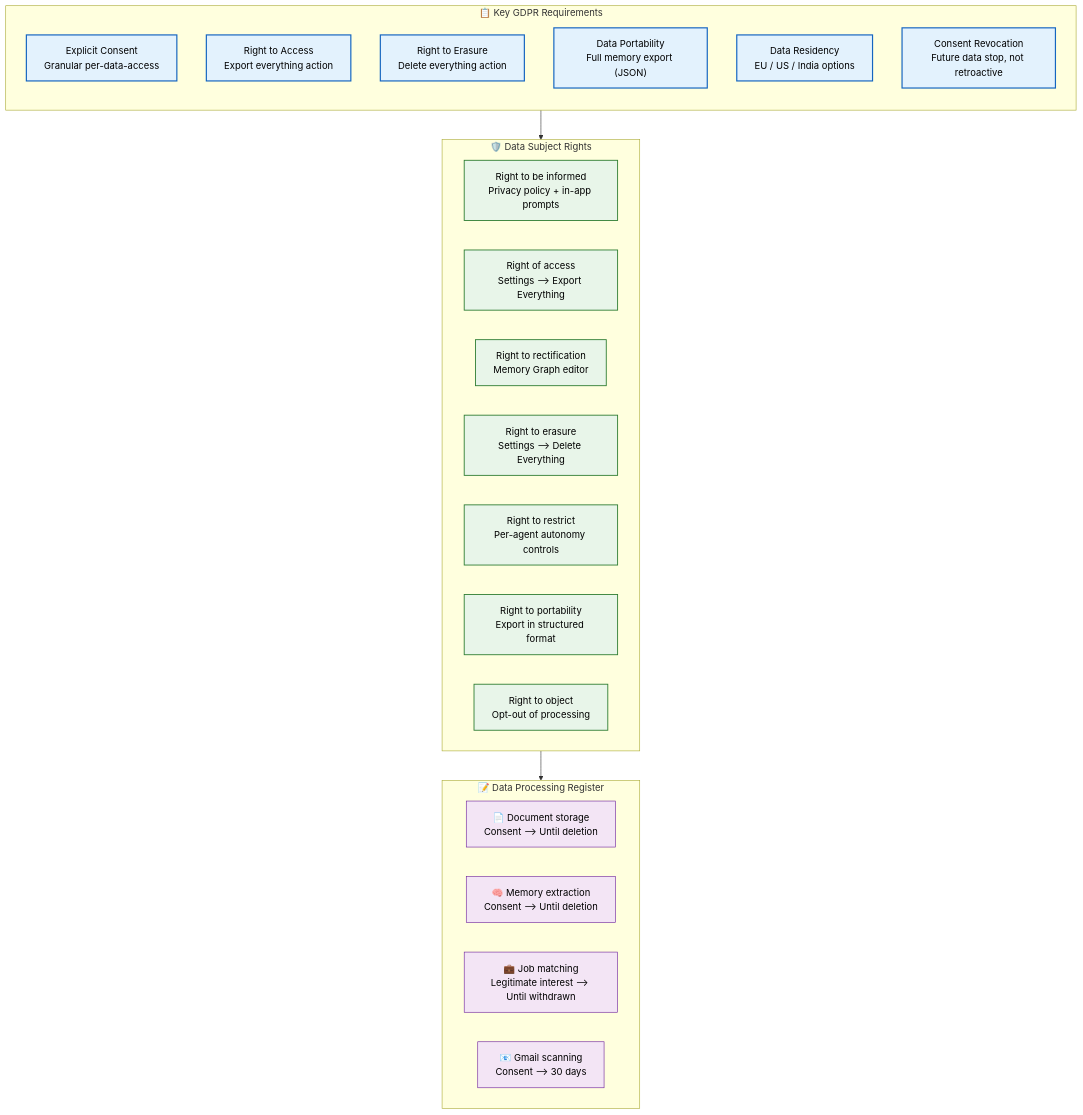
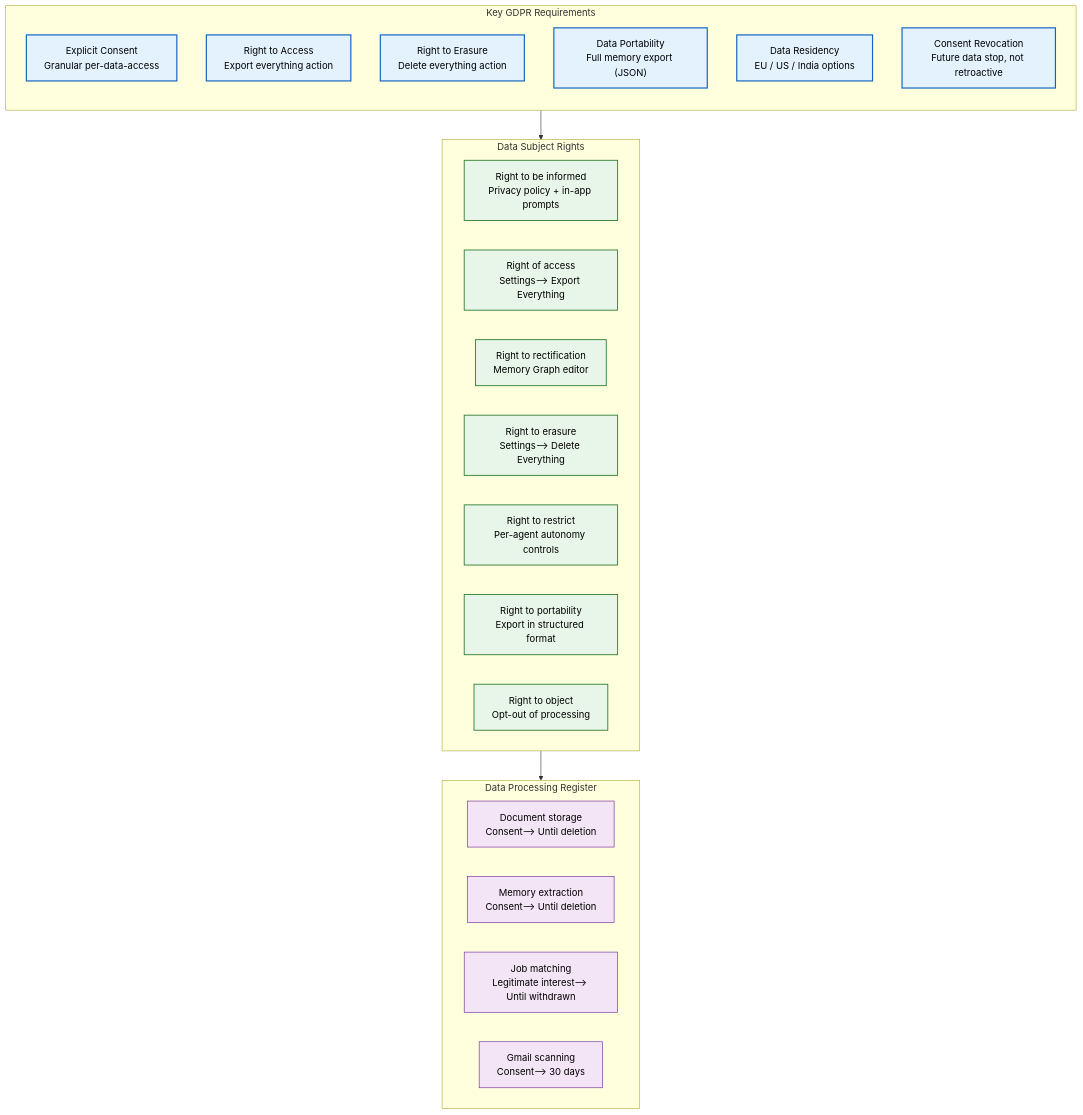
The first of 2 diagrams in docs/security/GDPR.md (Driftloom/Vaeloom), drawn with Mermaid before and after one commit. The commit also changed other lines of this file and 694 other files, not shown here.

First line of the commit message:
docs: mermaid standardization — encoding/mermaid/duplicate cleanup

````diff
--- a/docs/security/GDPR.md
+++ b/docs/security/GDPR.md
@@ -10,41 +10,41 @@
 ```mermaid
 graph TD
-    classDef req fill:#e3f2fd,stroke:#1565c0,color:#000,stroke-width:2px
-    classDef right fill:#e8f5e9,stroke:#2e7d32,color:#000,stroke-width:1.5px
-    classDef process fill:#fff3e0,stroke:#e65100,color:#000,stroke-width:1.5px
-    classDef register fill:#f3e5f5,stroke:#6a1b9a,color:#000,stroke-width:1px
+ classDef req fill:#e3f2fd,stroke:#1565c0,color:#000,stroke-width:2px
+ classDef right fill:#e8f5e9,stroke:#2e7d32,color:#000,stroke-width:1.5px
+ classDef process fill:#fff3e0,stroke:#e65100,color:#000,stroke-width:1.5px
+ classDef register fill:#f3e5f5,stroke:#6a1b9a,color:#000,stroke-width:1px
 
-    subgraph Requirements["📋 Key GDPR Requirements"]
-        direction TB
-        R1["Explicit Consent<br/>Granular per-data-access"]
-        R2["Right to Access<br/>Export everything action"]
-        R3["Right to Erasure<br/>Delete everything action"]
-        R4["Data Portability<br/>Full memory export (JSON)"]
-        R5["Data Residency<br/>EU / US / India options"]
-        R6["Consent Revocation<br/>Future data stop, not retroactive"]
-    end
+ subgraph Requirements["Key GDPR Requirements"]
+ direction TB
+ R1["Explicit Consent<br/>Granular per-data-access"]
+ R2["Right to Access<br/>Export everything action"]
+ R3["Right to Erasure<br/>Delete everything action"]
+ R4["Data Portability<br/>Full memory export (JSON)"]
+ R5["Data Residency<br/>EU / US / India options"]
+ R6["Consent Revocation<br/>Future data stop, not retroactive"]
+ end
 
-    subgraph Rights["🛡️ Data Subject Rights"]
-        S1["Right to be informed<br/>Privacy policy + in-app prompts"]
-        S2["Right of access<br/>Settings --> Export Everything"]
-        S3["Right to rectification<br/>Memory Graph editor"]
-        S4["Right to erasure<br/>Settings --> Delete Everything"]
-        S5["Right to restrict<br/>Per-agent autonomy controls"]
-        S6["Right to portability<br/>Export in structured format"]
-        S7["Right to object<br/>Opt-out of processing"]
-    end
+ subgraph Rights["Data Subject Rights"]
+ S1["Right to be informed<br/>Privacy policy + in-app prompts"]
+ S2["Right of access<br/>Settings--> Export Everything"]
+ S3["Right to rectification<br/>Memory Graph editor"]
+ S4["Right to erasure<br/>Settings--> Delete Everything"]
+ S5["Right to restrict<br/>Per-agent autonomy controls"]
+ S6["Right to portability<br/>Export in structured format"]
+ S7["Right to object<br/>Opt-out of processing"]
+ end
 
-    subgraph Register["📝 Data Processing Register"]
-        D1["📄 Document storage<br/>Consent --> Until deletion"]
-        D2["🧠 Memory extraction<br/>Consent --> Until deletion"]
-        D3["💼 Job matching<br/>Legitimate interest --> Until withdrawn"]
-        D4["📧 Gmail scanning<br/>Consent --> 30 days"]
-    end
+ subgraph Register["Data Processing Register"]
+ D1["Document storage<br/>Consent--> Until deletion"]
+ D2["Memory extraction<br/>Consent--> Until deletion"]
+ D3["Job matching<br/>Legitimate interest--> Until withdrawn"]
+ D4["Gmail scanning<br/>Consent--> 30 days"]
+ end
 
-    Requirements --> Rights
-    Rights --> Register
+ Requirements--> Rights
+ Rights--> Register
 
-    class R1,R2,R3,R4,R5,R6 req
-    class S1,S2,S3,S4,S5,S6,S7 right
-    class D1,D2,D3,D4 register
+ class R1,R2,R3,R4,R5,R6 req
+ class S1,S2,S3,S4,S5,S6,S7 right
+ class D1,D2,D3,D4 register
 ```
````
